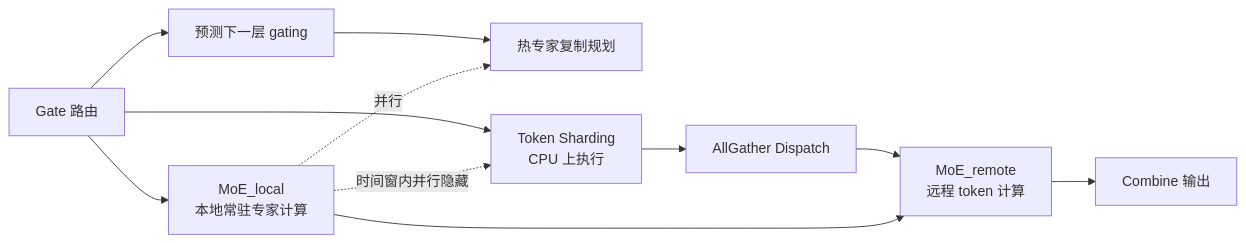
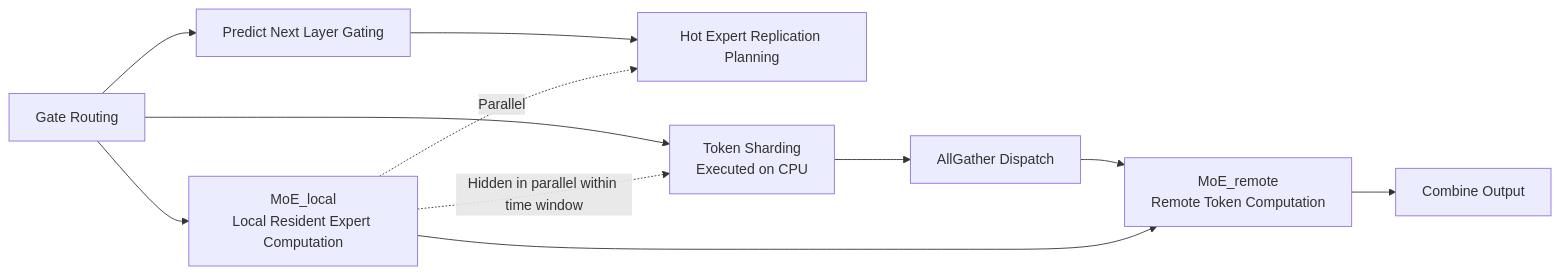
One commit to zhaoyang97/Paper-Notes-en changed the diagram in docs/ICLR2026/llm_efficiency/libra_effective_yet_efficient_load_balancing_for_large-scale_moe_inference.md. Above: the diagram before and after it, drawn with Mermaid. The commit also changed 644 other files, not shown here.

````diff
--- a/docs/ICLR2026/llm_efficiency/libra_effective_yet_efficient_load_balancing_for_large-scale_moe_inference.md
+++ b/docs/ICLR2026/llm_efficiency/libra_effective_yet_efficient_load_balancing_for_large-scale_moe_inference.md
@@ -46,13 +46,13 @@
 ```mermaid
 flowchart LR
-    G[Gate 路由] --> L[MoE_local<br/>本地常驻专家计算]
-    G --> P[预测下一层 gating]
-    P --> R[热专家复制规划]
-    G --> TS[Token Sharding<br/>CPU 上执行]
-    L -.时间窗内并行隐藏.-> TS
-    L -.并行.-> R
+    G[Gate Routing] --> L[MoE_local<br/>Local Resident Expert Computation]
+    G --> P[Predict Next Layer Gating]
+    P --> R[Hot Expert Replication Planning]
+    G --> TS[Token Sharding<br/>Executed on CPU]
+    L -.Hidden in parallel within time window.-> TS
+    L -.Parallel.-> R
     TS --> D[AllGather Dispatch]
-    D --> RM[MoE_remote<br/>远程 token 计算]
+    D --> RM[MoE_remote<br/>Remote Token Computation]
     L --> RM
-    RM --> C[Combine 输出]
+    RM --> C[Combine Output]
 ```
````
